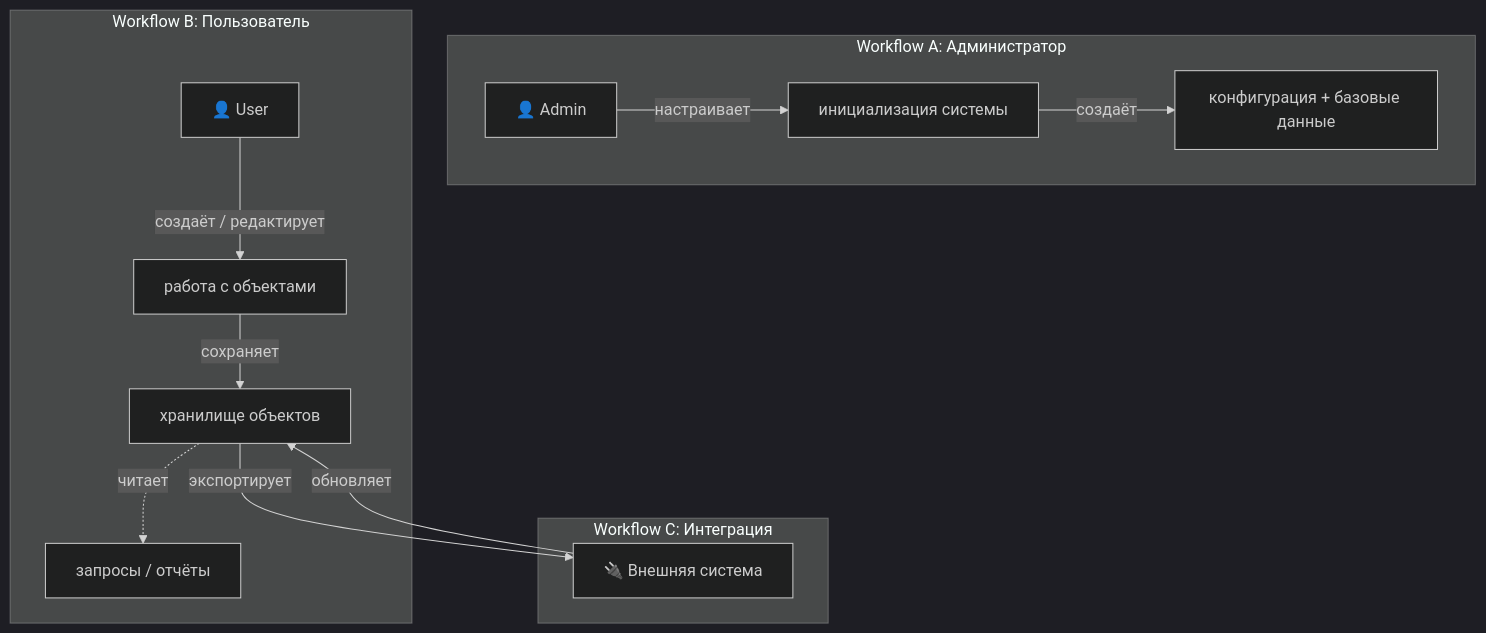
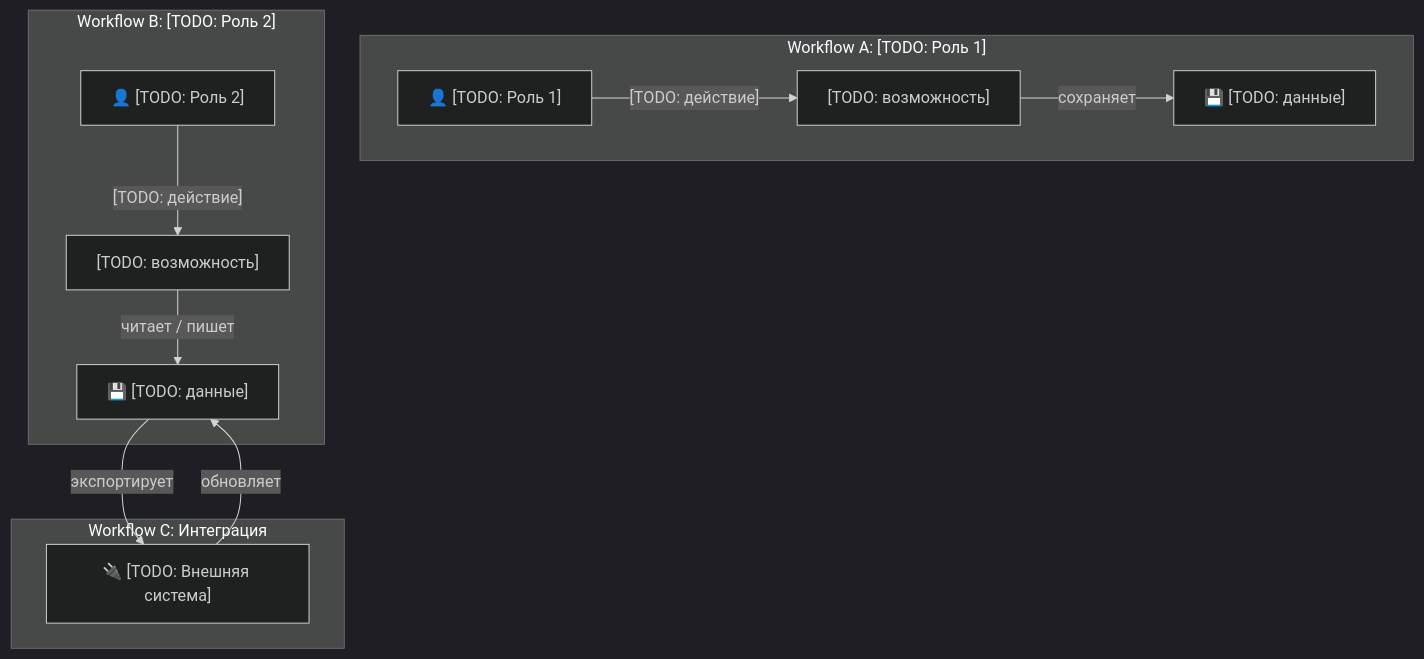
Before and after one commit to cait-solutions/it-dev-methodology: the second of 3 diagrams in templates/USER-MAP.template.md, drawn with Mermaid (dark theme). The commit also changed other lines of this file and 2 other files, not shown here.

First line of the commit message:
fix(template): remove Dev Setup from USER-MAP template — product capabilities only [methodology][fix:template] v3.9.0

````diff
--- a/templates/USER-MAP.template.md
+++ b/templates/USER-MAP.template.md
@@ -186,21 +85,20 @@
 ```mermaid
 graph TD
-    subgraph WorkflowA["Workflow A: Администратор"]
-        Admin["👤 Admin"]
-        Admin -->|"настраивает"| Cap1A["инициализация системы"]
-        Cap1A -->|"создаёт"| Data1["конфигурация + базовые данные"]
+    subgraph WorkflowA["Workflow A: [TODO: Роль 1]"]
+        RoleA["👤 [TODO: Роль 1]"]
+        RoleA -->|"[TODO: действие]"| Cap1A["[TODO: возможность]"]
+        Cap1A -->|"сохраняет"| Data1["💾 [TODO: данные]"]
     end
 
-    subgraph WorkflowB["Workflow B: Пользователь"]
-        UserB["👤 User"]
-        UserB -->|"создаёт / редактирует"| Cap2B["работа с объектами"]
-        Cap2B -->|"сохраняет"| Data2["хранилище объектов"]
-        Data2 -.->|"читает"| Cap3B["запросы / отчёты"]
+    subgraph WorkflowB["Workflow B: [TODO: Роль 2]"]
+        RoleB["👤 [TODO: Роль 2]"]
+        RoleB -->|"[TODO: действие]"| Cap2B["[TODO: возможность]"]
+        Cap2B -->|"читает / пишет"| Data2["💾 [TODO: данные]"]
     end
 
     subgraph WorkflowC["Workflow C: Интеграция"]
-        External["🔌 Внешняя система"]
-        Data2 -->|"экспортирует"| External
-        External -->|"обновляет"| Data2
+        Ext["🔌 [TODO: Внешняя система]"]
+        Data2 -->|"экспортирует"| Ext
+        Ext -->|"обновляет"| Data2
     end
 ```
````
